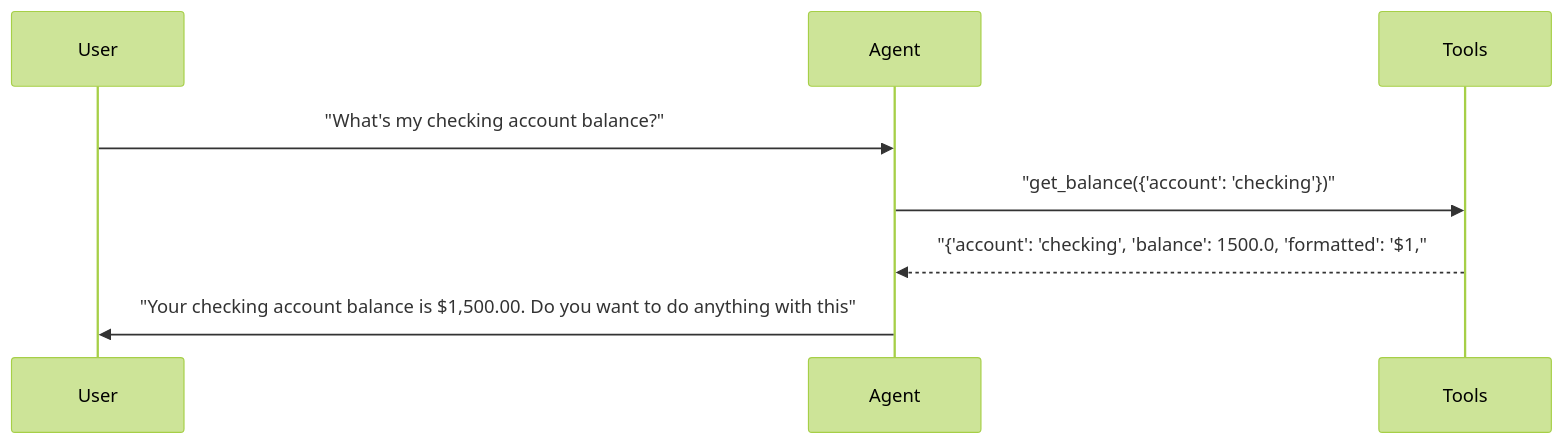
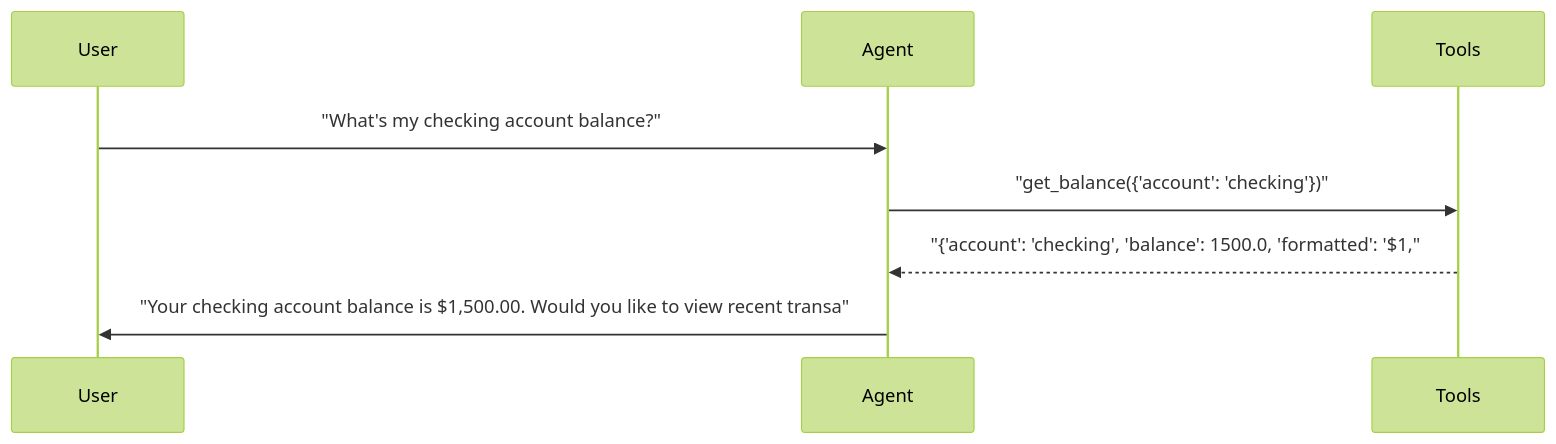
One commit to sbroenne/pytest-aitest changed the first of 25 diagrams in docs/demo/hero-report.md. Above: the diagram before and after it, drawn with Mermaid (forest theme). The commit also changed other lines of this file and 22 other files, not shown here.

````diff
--- a/docs/demo/hero-report.md
+++ b/docs/demo/hero-report.md
@@ -151,11 +221,11 @@
 ```mermaid
 sequenceDiagram
     participant User
     participant Agent
     participant Tools
 
     User->>Agent: "What's my checking account balance?"
     Agent->>Tools: "get_balance({'account': 'checking'})"
     Tools-->>Agent: "{'account': 'checking', 'balance': 1500.0, 'formatted': '$1,"
-    Agent->>User: "Your checking account balance is $1,500.00. Do you want to do anything with this"
+    Agent->>User: "Your checking account balance is $1,500.00. Would you like to view recent transa"
 ```
````
